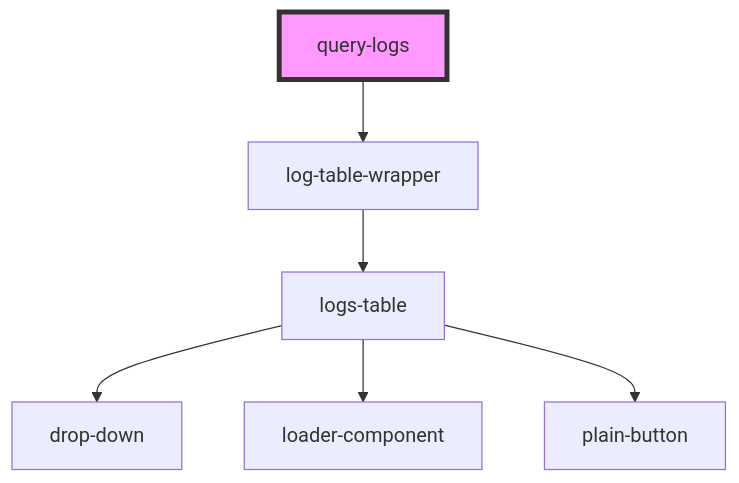
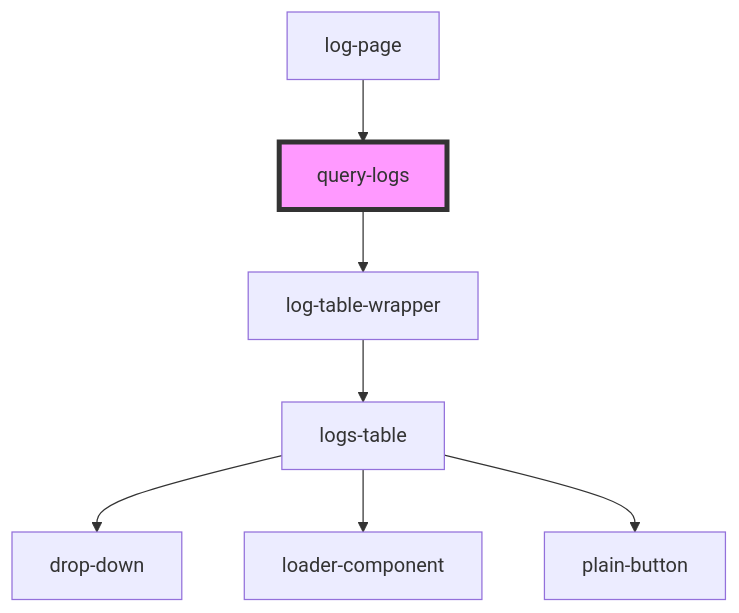
One commit to techvariable/NeptuneConnectComponents changed the diagram in src/components/logsPage/query-logs/readme.md. Above: the diagram before and after it, drawn with Mermaid. The commit also changed other lines of this file and 10 other files, not shown here.

````diff
--- a/src/components/logsPage/query-logs/readme.md
+++ b/src/components/logsPage/query-logs/readme.md
@@ -15,9 +19,10 @@
 ```mermaid
 graph TD;
   query-logs --> log-table-wrapper
   log-table-wrapper --> logs-table
   logs-table --> drop-down
   logs-table --> loader-component
   logs-table --> plain-button
+  log-page --> query-logs
   style query-logs fill:#f9f,stroke:#333,stroke-width:4px
 ```
````
